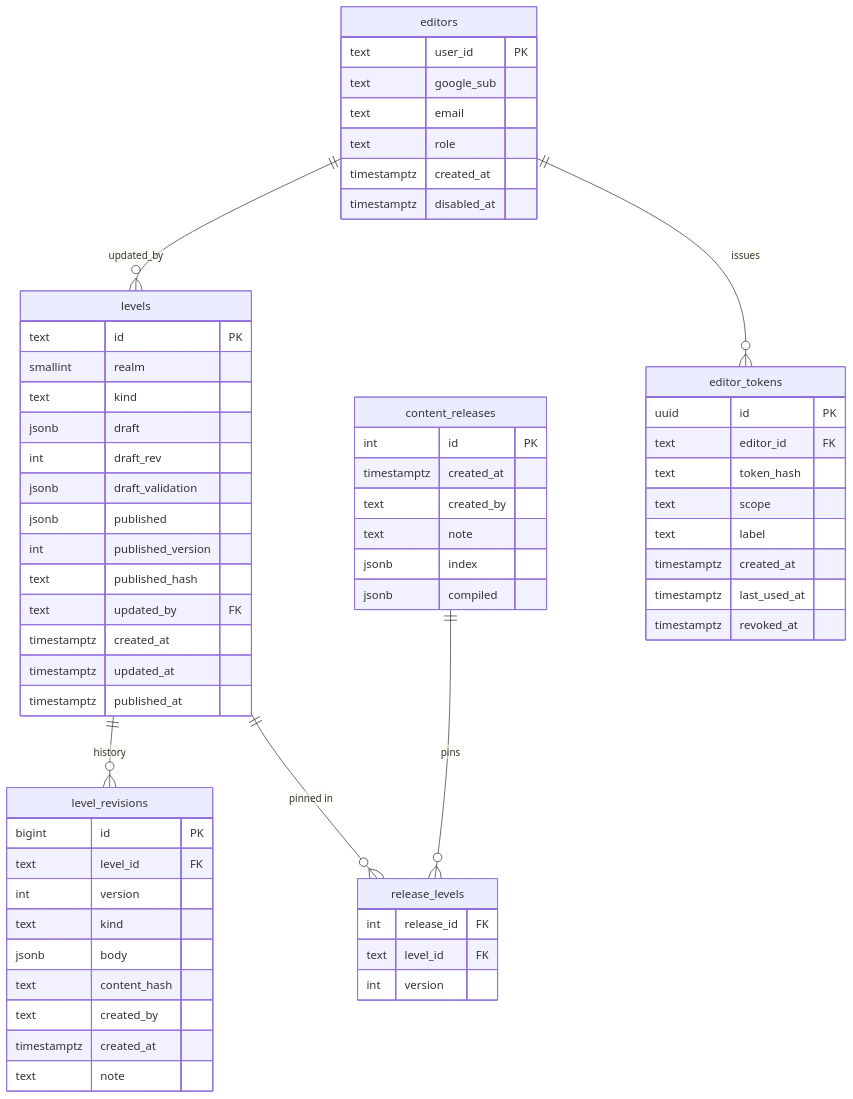
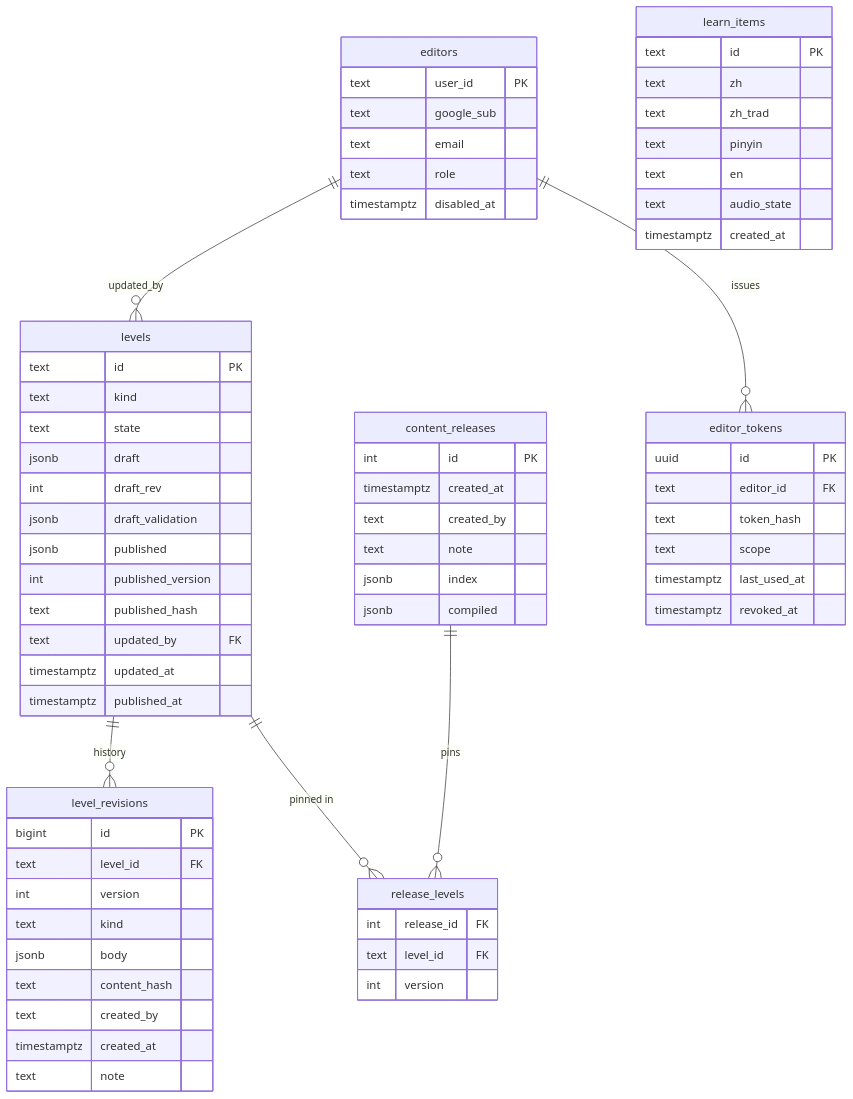
Before and after one commit to zenjax7/chinese-rpg: the third of 6 diagrams in docs/tech/level-editor.md, drawn with Mermaid. The commit also changed other lines of this file, not shown here.

````diff
--- a/docs/tech/level-editor.md
+++ b/docs/tech/level-editor.md
@@ -447,65 +429,70 @@
 ```mermaid
 erDiagram
   levels ||--o{ level_revisions : "history"
   content_releases ||--o{ release_levels : "pins"
   levels ||--o{ release_levels : "pinned in"
   editors ||--o{ editor_tokens : "issues"
   editors ||--o{ levels : "updated_by"
   levels {
     text id PK
-    smallint realm
     text kind
+    text state
     jsonb draft
     int draft_rev
     jsonb draft_validation
     jsonb published
     int published_version
     text published_hash
     text updated_by FK
-    timestamptz created_at
     timestamptz updated_at
     timestamptz published_at
   }
   level_revisions {
     bigint id PK
     text level_id FK
     int version
     text kind
     jsonb body
     text content_hash
     text created_by
     timestamptz created_at
     text note
   }
   content_releases {
     int id PK
     timestamptz created_at
     text created_by
     text note
     jsonb index
     jsonb compiled
   }
   release_levels {
     int release_id FK
     text level_id FK
     int version
   }
+  learn_items {
+    text id PK
+    text zh
+    text zh_trad
+    text pinyin
+    text en
+    text audio_state
+    timestamptz created_at
+  }
   editors {
     text user_id PK
     text google_sub
     text email
     text role
-    timestamptz created_at
     timestamptz disabled_at
   }
   editor_tokens {
     uuid id PK
     text editor_id FK
     text token_hash
     text scope
-    text label
-    timestamptz created_at
     timestamptz last_used_at
     timestamptz revoked_at
   }
 ```
````
